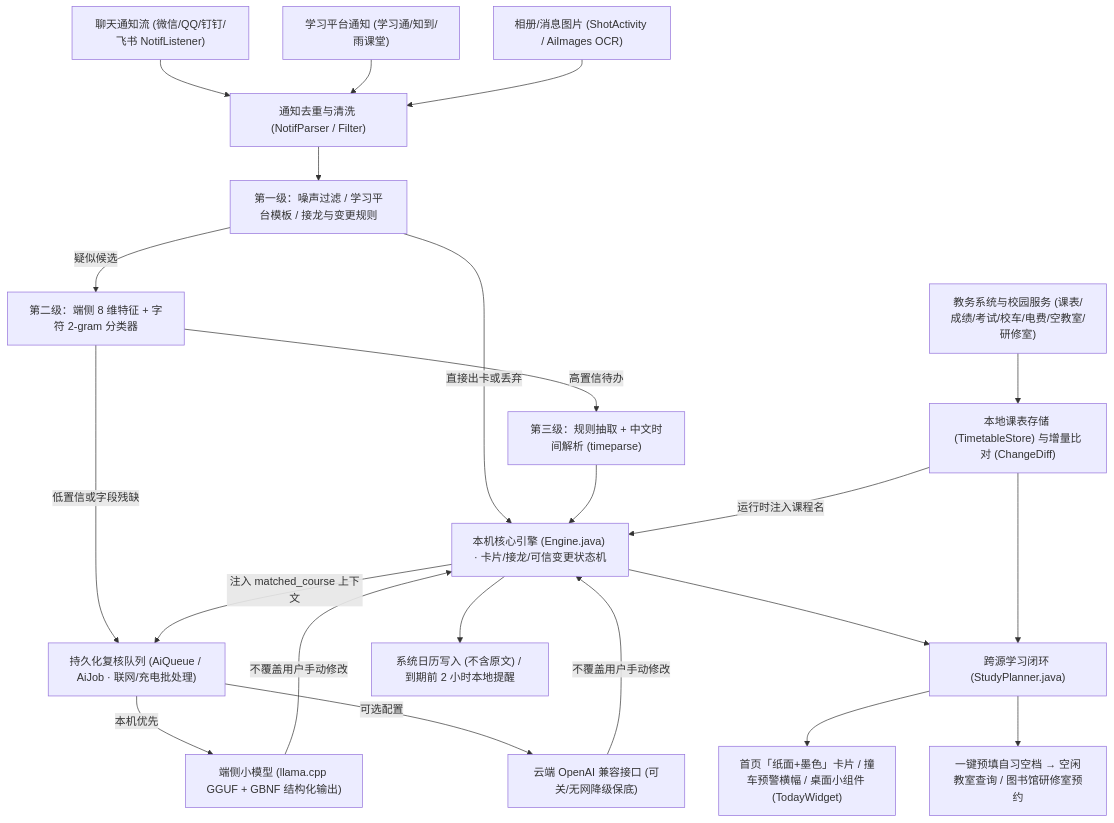
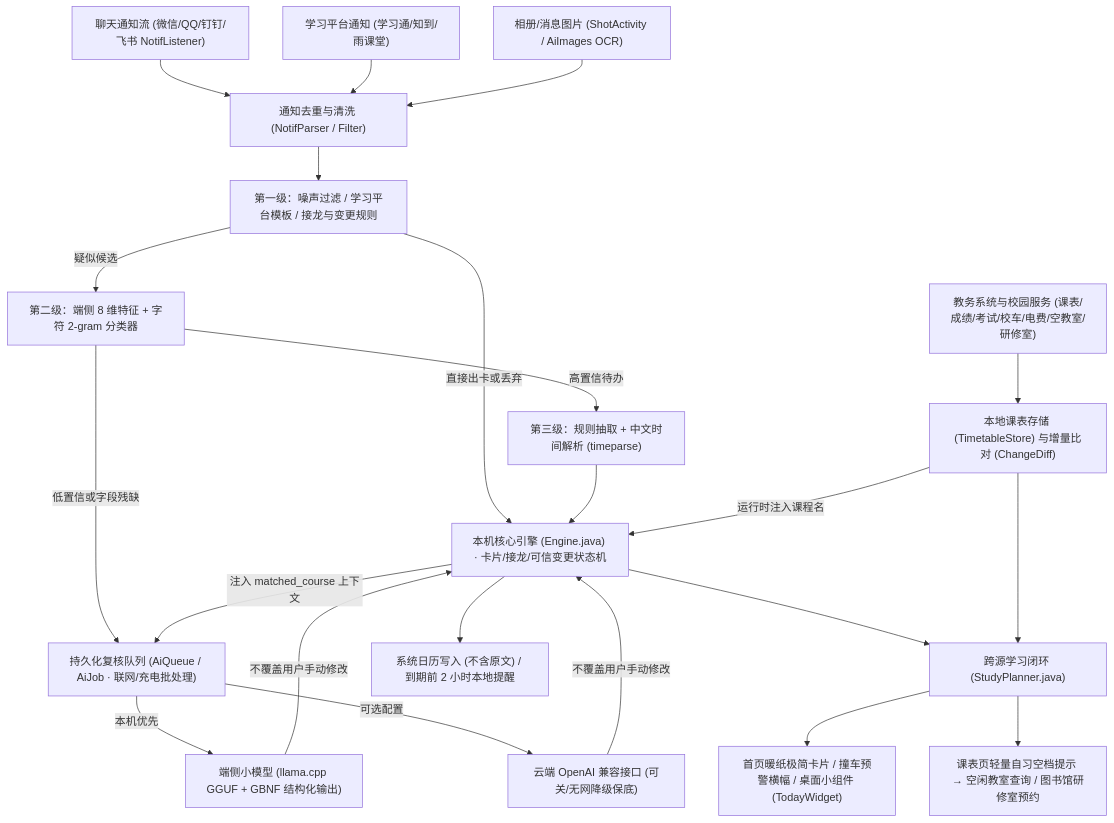
The diagram in README.md (QDy1013/Offloor), drawn with Mermaid before and after one commit. The commit also changed other lines of this file and 16 other files, not shown here.

````diff
--- a/README.md
+++ b/README.md
@@ -23,27 +23,27 @@
 ```mermaid
 flowchart TD
     S1["聊天通知流 (微信/QQ/钉钉/飞书 NotifListener)"] --> N1["通知去重与清洗 (NotifParser / Filter)"]
     S2["学习平台通知 (学习通/知到/雨课堂)"] --> N1
     S3["相册/消息图片 (ShotActivity / AiImages OCR)"] --> N1
     S4["教务系统与校园服务 (课表/成绩/考试/校车/电费/空教室/研修室)"] --> C1["本地课表存储 (TimetableStore) 与增量比对 (ChangeDiff)"]
 
     N1 --> L1["第一级：噪声过滤 / 学习平台模板 / 接龙与变更规则"]
     L1 -->|直接出卡或丢弃| ENG["本机核心引擎 (Engine.java) · 卡片/接龙/可信变更状态机"]
     L1 -->|疑似候选| L2["第二级：端侧 8 维特征 + 字符 2-gram 分类器"]
     L2 -->|高置信待办| L3["第三级：规则抽取 + 中文时间解析 (timeparse)"]
     L3 --> ENG
     C1 -->|运行时注入课程名| ENG
 
     L2 -->|低置信或字段残缺| Q1["持久化复核队列 (AiQueue / AiJob · 联网/充电批处理)"]
     ENG -->|注入 matched_course 上下文| Q1
     Q1 -->|本机优先| M1["端侧小模型 (llama.cpp GGUF + GBNF 结构化输出)"]
     Q1 -->|可选配置| M2["云端 OpenAI 兼容接口 (可关/无网降级保底)"]
     M1 -->|不覆盖用户手动修改| ENG
     M2 -->|不覆盖用户手动修改| ENG
 
     ENG --> LOOP["跨源学习闭环 (StudyPlanner.java)"]
     C1 --> LOOP
-    LOOP --> UI1["首页「纸面+墨色」卡片 / 撞车预警横幅 / 桌面小组件 (TodayWidget)"]
-    LOOP --> UI2["一键预填自习空档 → 空闲教室查询 / 图书馆研修室预约"]
+    LOOP --> UI1["首页暖纸极简卡片 / 撞车预警横幅 / 桌面小组件 (TodayWidget)"]
+    LOOP --> UI2["课表页轻量自习空档提示 → 空闲教室查询 / 图书馆研修室预约"]
     ENG --> UI3["系统日历写入 (不含原文) / 到期前 2 小时本地提醒"]
 ```
````
